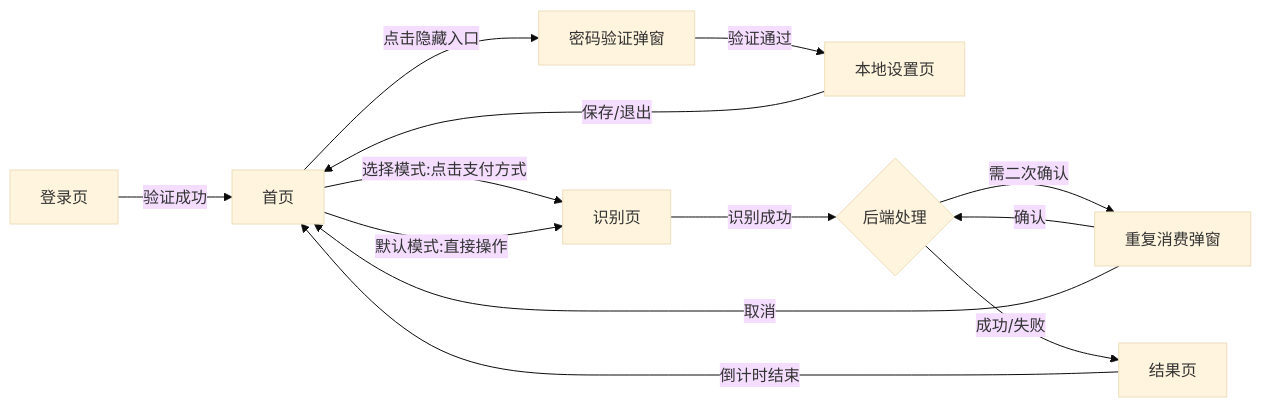
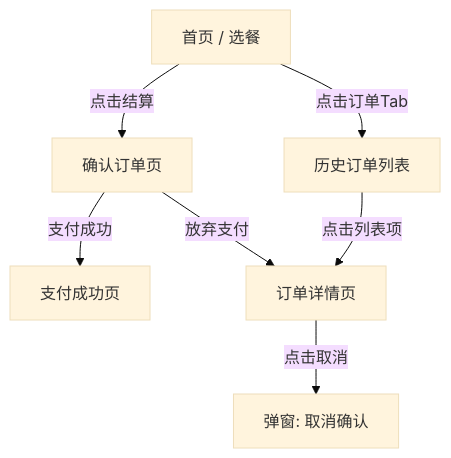
One commit to ZerOne0000001/Chat-To-PRD changed the fourth of 4 diagrams in skills/pm-prd/references/PRD_Example.md. Above: the diagram before and after it, drawn with Mermaid (base theme). The commit also changed other lines of this file and 29 other files, not shown here.

````diff
--- a/skills/pm-prd/references/PRD_Example.md
+++ b/skills/pm-prd/references/PRD_Example.md
@@ -66,20 +183,9 @@
 ```mermaid
-graph LR
-    Login[登录页] -->|验证成功| Home[首页]
-    
-    Home -->|点击隐藏入口| Pwd[密码验证弹窗]
-    Pwd -->|验证通过| Settings[本地设置页]
-    Settings -->|保存/退出| Home
-    
-    Home -->|选择模式:点击支付方式| Identify[识别页]
-    Home -->|默认模式:直接操作| Identify
-    
-    Identify -->|识别成功| Request{后端处理}
-    
-    Request -->|需二次确认| Popup[重复消费弹窗]
-    Popup -->|确认| Request
-    Popup -->|取消| Home
-    
-    Request -->|成功/失败| Result[结果页]
-    Result -->|倒计时结束| Home
+graph TD
+    Home[首页 / 选餐] -->|点击结算| Confirm[确认订单页]
+    Confirm -->|支付成功| Success[支付成功页]
+    Confirm -->|放弃支付| Detail[订单详情页-待支付]
+    Home -->|点击订单Tab| OrderList[历史订单列表]
+    OrderList -->|点击列表项| Detail[订单详情页]
+    Detail -->|点击取消| CancelModal[弹窗: 取消确认]
 ```
````
